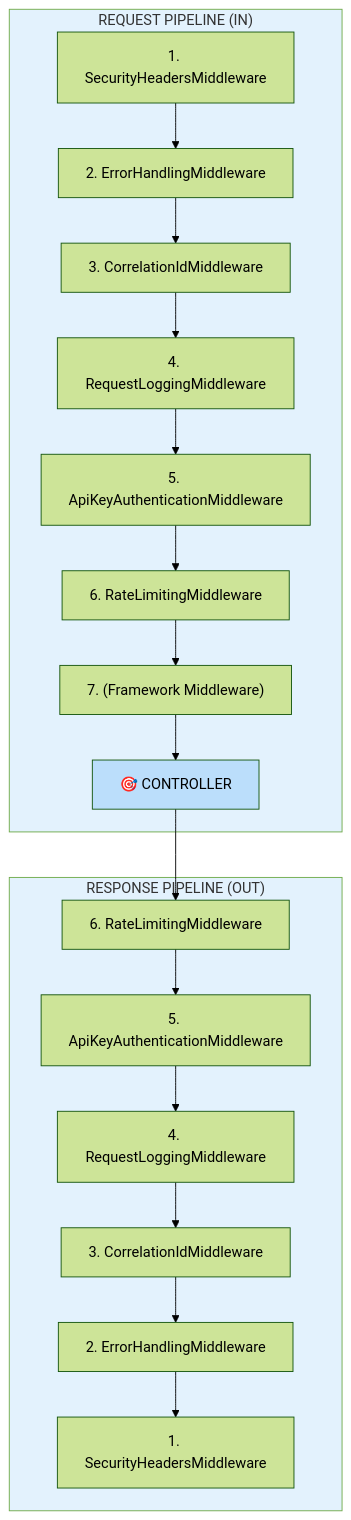
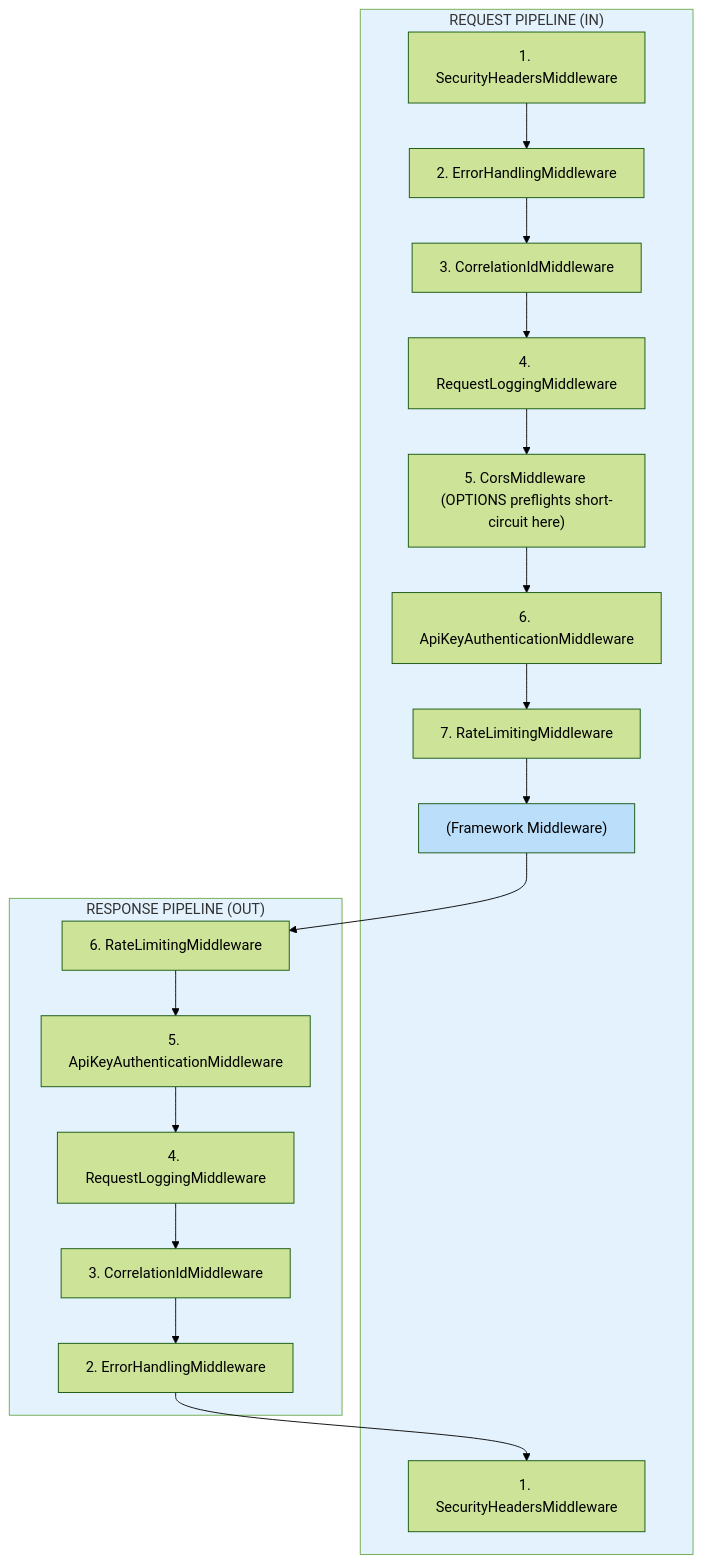
Before and after one commit to debdevops/servicehub: the third of 8 diagrams in services/api/IMPLEMENTATION_PATTERNS.md, drawn with Mermaid (forest theme). The commit also changed other lines of this file and 1 other file, not shown here.

Commit message:
docs: update IMPLEMENTATION_PATTERNS and DEPLOYMENT docs
- Remove ISecretsManager from architecture diagram (dead code removed)
- Restore stashed documentation improvements

````diff
--- a/services/api/IMPLEMENTATION_PATTERNS.md
+++ b/services/api/IMPLEMENTATION_PATTERNS.md
@@ -245,29 +245,30 @@
 ```mermaid
 graph TD
     subgraph In["REQUEST PIPELINE (IN)"]
         A["1. SecurityHeadersMiddleware"]
         B["2. ErrorHandlingMiddleware"]
         C["3. CorrelationIdMiddleware"]
         D["4. RequestLoggingMiddleware"]
-        E["5. ApiKeyAuthenticationMiddleware"]
-        F["6. RateLimitingMiddleware"]
-        G["7. (Framework Middleware)"]
-        H["🎯 CONTROLLER"]
+        E["5. CorsMiddleware (OPTIONS preflights short-circuit here)"]
+        F["6. ApiKeyAuthenticationMiddleware"]
+        G["7. RateLimitingMiddleware"]
+        H["(Framework Middleware)"]
+        I["🎯 CONTROLLER"]
     end
     
     subgraph Out["RESPONSE PIPELINE (OUT)"]
         I["1. SecurityHeadersMiddleware"]
         J["2. ErrorHandlingMiddleware"]
         K["3. CorrelationIdMiddleware"]
         L["4. RequestLoggingMiddleware"]
         M["5. ApiKeyAuthenticationMiddleware"]
         N["6. RateLimitingMiddleware"]
     end
     
     A --> B --> C --> D --> E --> F --> G --> H
     H --> N --> M --> L --> K --> J --> I
 
     style H fill:#bbdefb
     style In fill:#e3f2fd
     style Out fill:#e3f2fd
 ```
````
